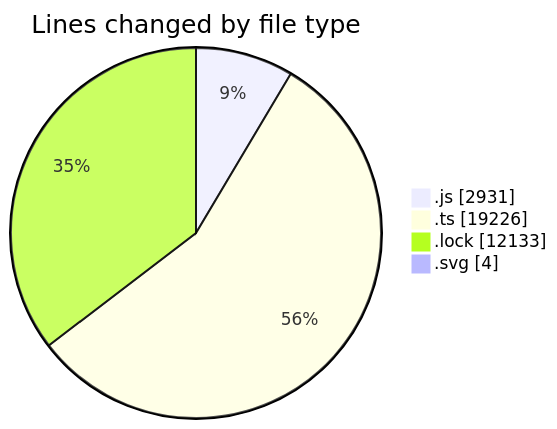
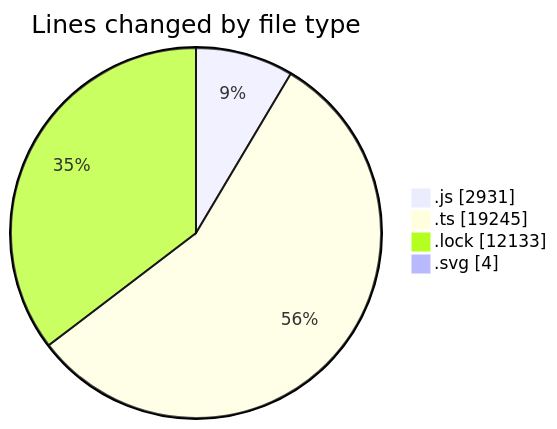
One commit to momahboobian/code-tracking changed the first of 2 diagrams in 2025-08-12/cda/README.md. Above: the diagram before and after it, drawn with Mermaid. The commit also changed other lines of this file and 1 other file, not shown here.

````diff
--- a/2025-08-12/cda/README.md
+++ b/2025-08-12/cda/README.md
@@ -42,8 +42,8 @@
 ```mermaid
 pie showData
 title Lines changed by file type
 ".js" : 2931
-".ts" : 19226
+".ts" : 19245
 ".lock" : 12133
 ".svg" : 4
 ```
````
